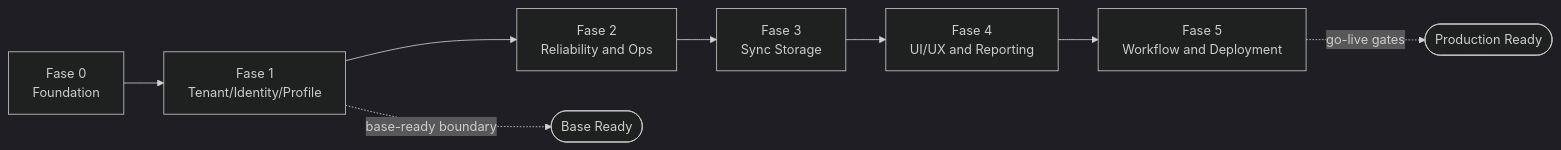
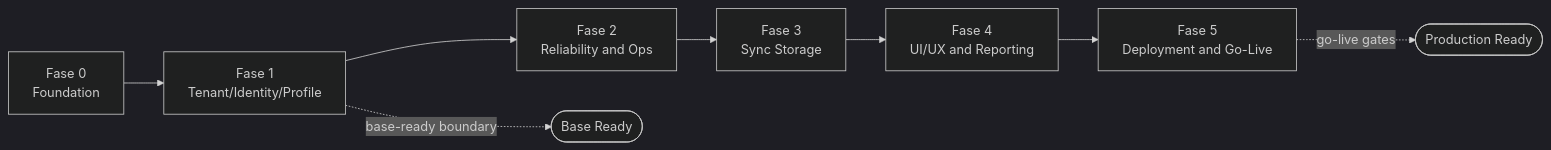
The third of 3 diagrams in docs/awcms-micro/01_canvas_induk.md (ahliweb/awcms-micro), drawn with Mermaid (dark theme) before and after one commit. The commit also changed other lines of this file and 45 other files, not shown here.

First line of the commit message:
docs(scope): remove unported ERP modules from active architecture, ERD, SOP, threat-model, and governance docs (#263) (#277)

````diff
--- a/docs/awcms-micro/01_canvas_induk.md
+++ b/docs/awcms-micro/01_canvas_induk.md
@@ -109,10 +107,10 @@
 ```mermaid
 flowchart LR
   F0[Fase 0<br/>Foundation] --> F1[Fase 1<br/>Tenant/Identity/Profile]
   F1 --> F2[Fase 2<br/>Reliability and Ops]
   F2 --> F3[Fase 3<br/>Sync Storage]
   F3 --> F4[Fase 4<br/>UI/UX and Reporting]
-  F4 --> F5[Fase 5<br/>Workflow and Deployment]
+  F4 --> F5[Fase 5<br/>Deployment and Go-Live]
   F1 -.->|base-ready boundary| MVP([Base Ready])
   F5 -.->|go-live gates| PROD([Production Ready])
 ```
````
